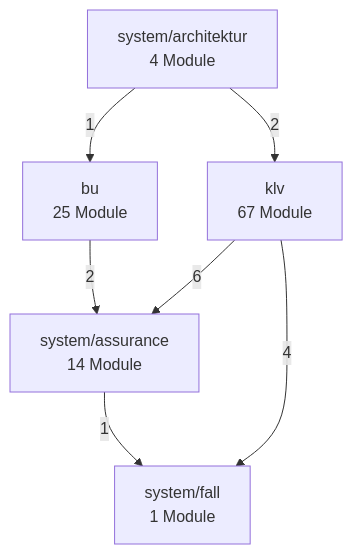
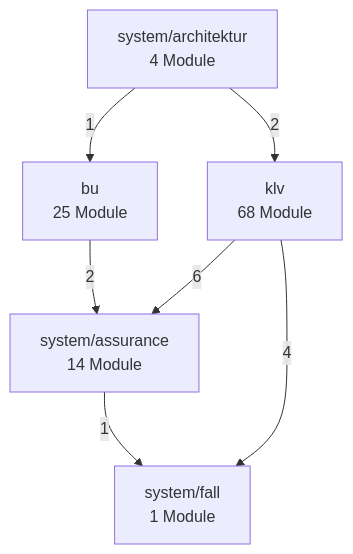
One commit to bartlmac/rechner-pipeline changed the second of 3 diagrams in docs/architektur/landkarte.md. Above: the diagram before and after it, drawn with Mermaid. The commit also changed other lines of this file and 2 other files, not shown here.

````diff
--- a/docs/architektur/landkarte.md
+++ b/docs/architektur/landkarte.md
@@ -73,15 +73,15 @@
 ```mermaid
 %% Fachknoten — erzeugt von ontologie.landkarte
 flowchart TD
     bu["bu<br/>25 Module"]
-    klv["klv<br/>67 Module"]
+    klv["klv<br/>68 Module"]
     system_architektur["system/architektur<br/>4 Module"]
     system_assurance["system/assurance<br/>14 Module"]
     system_fall["system/fall<br/>1 Module"]
     bu -- 2 --> system_assurance
     klv -- 6 --> system_assurance
     klv -- 4 --> system_fall
     system_architektur -- 1 --> bu
     system_architektur -- 2 --> klv
     system_assurance -- 1 --> system_fall
 ```
````
